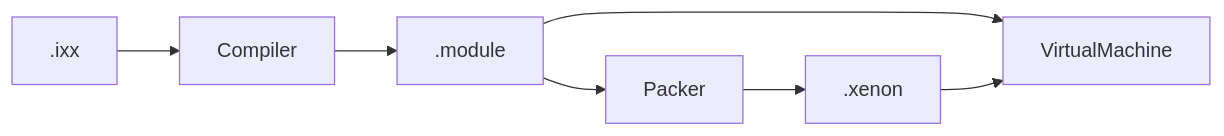
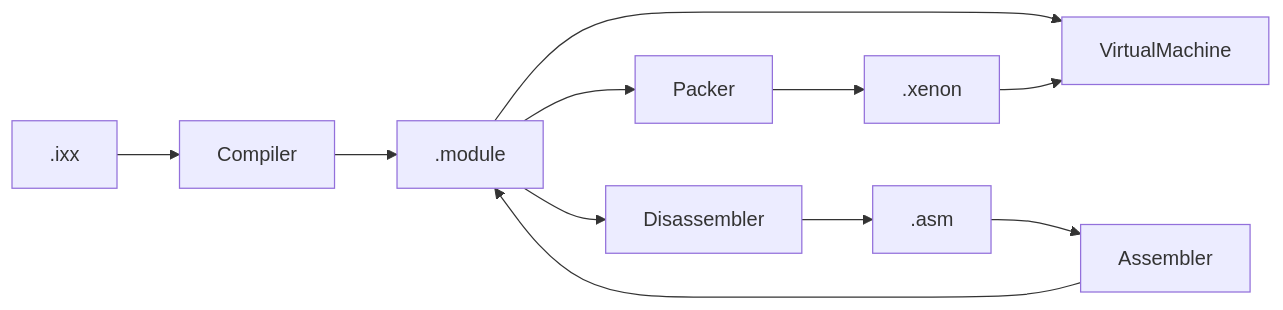
Before and after one commit to ToshiNamura/XenonCLI: the diagram in docs/README.md, drawn with Mermaid. The commit also changed other lines of this file and 65 other files, not shown here.

````diff
--- a/docs/README.md
+++ b/docs/README.md
@@ -18,5 +19,7 @@
 ```mermaid
 flowchart LR
-    SRC[".ixx"] --> COMP["Compiler"] --> MOD[".module"] --> VM["VirtualMachine"]
+    IX[".ixx"] --> COMP["Compiler"] --> MOD[".module"] --> VM["VirtualMachine"]
+    ASM[".asm"] --> ASMB["Assembler"] --> MOD
+    MOD --> DIS["Disassembler"] --> ASM
     MOD --> PACK["Packer"] --> XENON[".xenon"] --> VM
 ```
````
